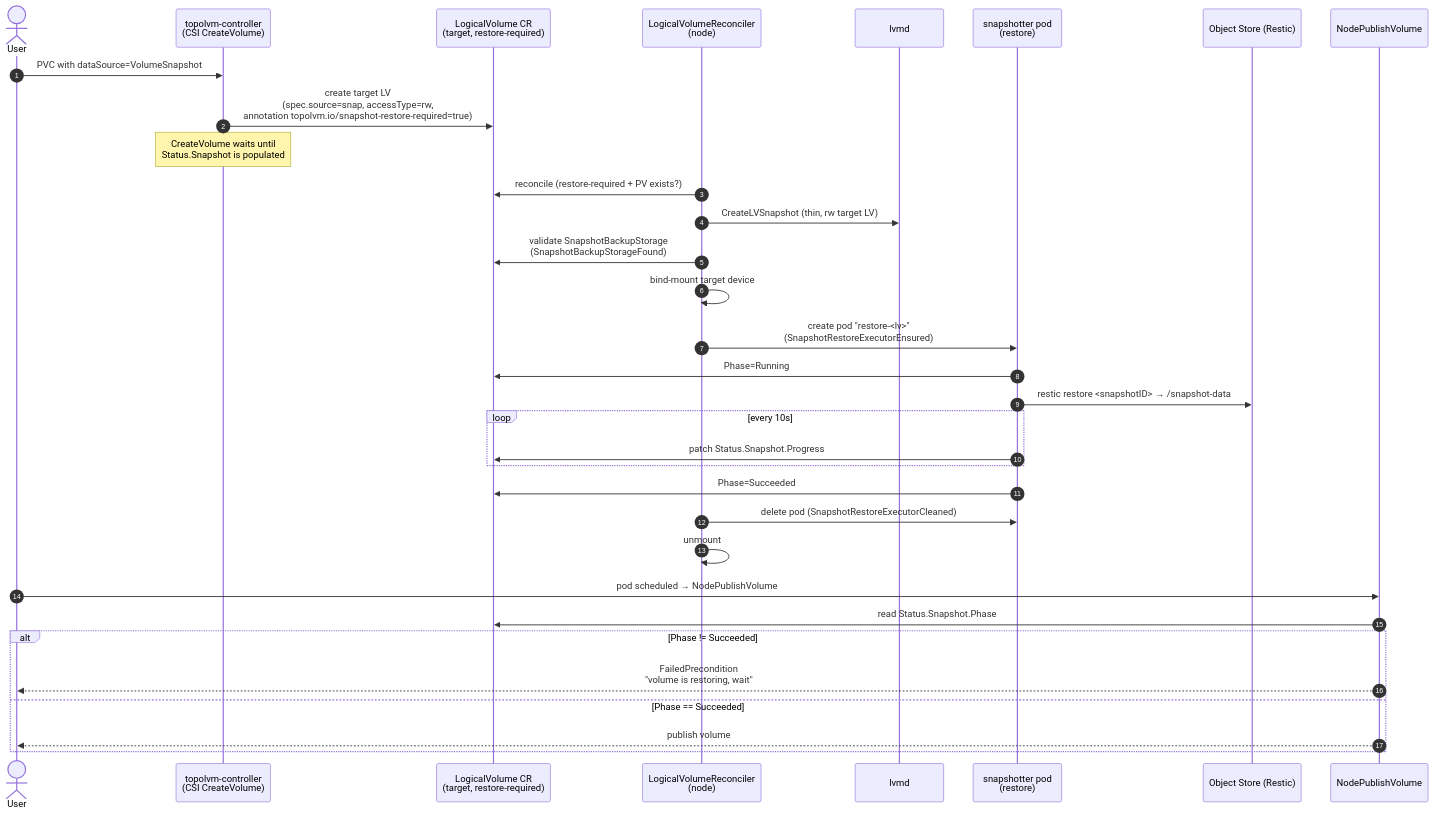
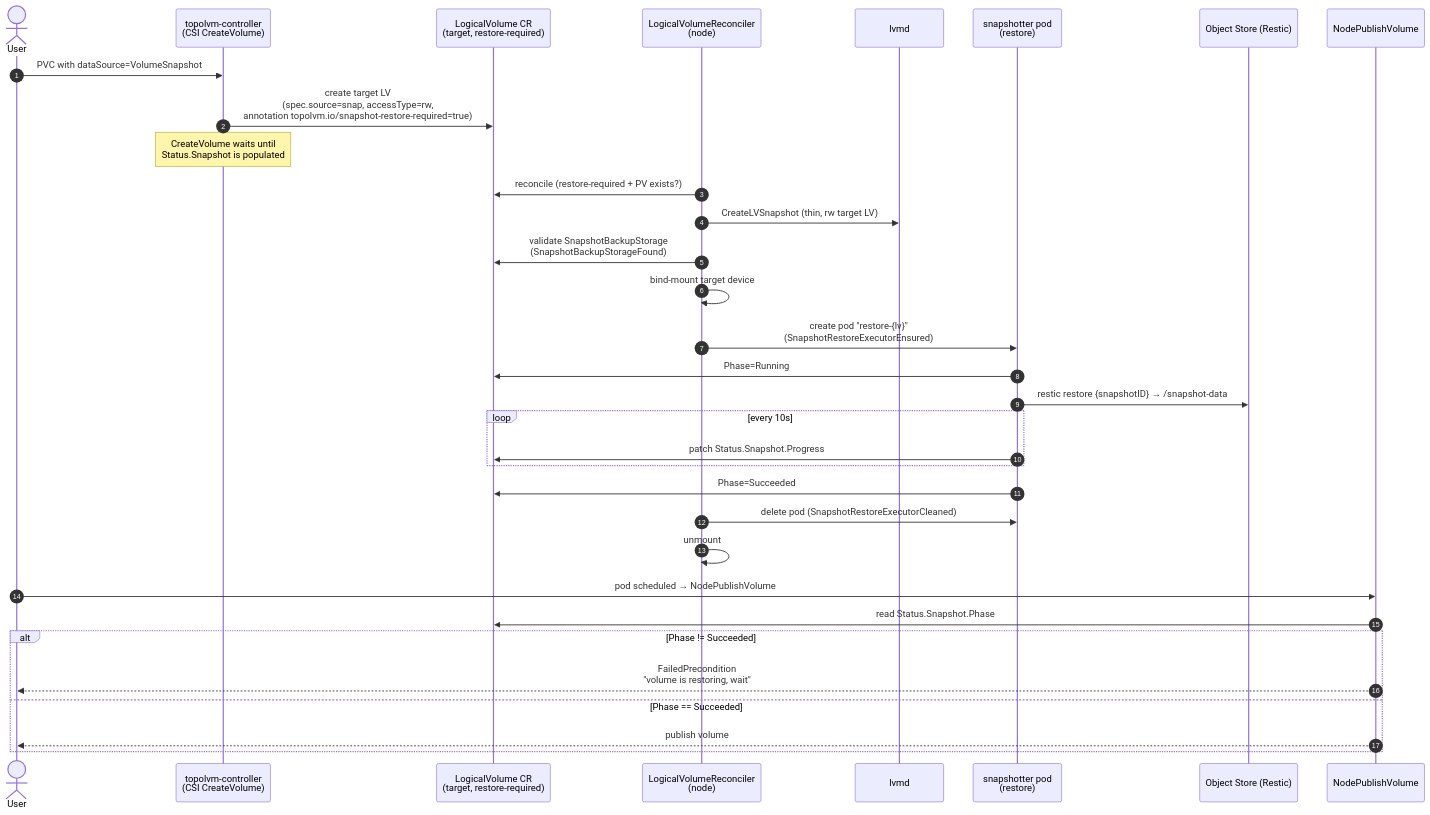
One commit to cloudnativestorage/topolvm changed the third of 5 diagrams in design/restic-snapshot/restic-online-snapshot.md. Above: the diagram before and after it, drawn with Mermaid. The commit also changed other lines of this file, not shown here.

Commit message:
Fix mermaid deisgn

````diff
--- a/design/restic-snapshot/restic-online-snapshot.md
+++ b/design/restic-snapshot/restic-online-snapshot.md
@@ -232,40 +232,40 @@
 ```mermaid
 sequenceDiagram
     autonumber
     actor User
     participant CSI as topolvm-controller<br/>(CSI CreateVolume)
     participant LV as LogicalVolume CR<br/>(target, restore-required)
     participant LVR as LogicalVolumeReconciler<br/>(node)
     participant LVMD as lvmd
     participant Pod as snapshotter pod<br/>(restore)
     participant OBJ as Object Store (Restic)
     participant NodePub as NodePublishVolume
 
     User->>CSI: PVC with dataSource=VolumeSnapshot
     CSI->>LV: create target LV<br/>(spec.source=snap, accessType=rw,<br/>annotation topolvm.io/snapshot-restore-required=true)
     Note over CSI: CreateVolume waits until<br/>Status.Snapshot is populated
 
     LVR->>LV: reconcile (restore-required + PV exists?)
     LVR->>LVMD: CreateLVSnapshot (thin, rw target LV)
     LVR->>LV: validate SnapshotBackupStorage<br/>(SnapshotBackupStorageFound)
     LVR->>LVR: bind-mount target device
-    LVR->>Pod: create pod "restore-<lv>"<br/>(SnapshotRestoreExecutorEnsured)
+    LVR->>Pod: create pod "restore-{lv}"<br/>(SnapshotRestoreExecutorEnsured)
 
     Pod->>LV: Phase=Running
-    Pod->>OBJ: restic restore <snapshotID> → /snapshot-data
+    Pod->>OBJ: restic restore {snapshotID} → /snapshot-data
     loop every 10s
         Pod->>LV: patch Status.Snapshot.Progress
     end
     Pod->>LV: Phase=Succeeded
 
     LVR->>Pod: delete pod (SnapshotRestoreExecutorCleaned)
     LVR->>LVR: unmount
 
     User->>NodePub: pod scheduled → NodePublishVolume
     NodePub->>LV: read Status.Snapshot.Phase
     alt Phase != Succeeded
         NodePub-->>User: FailedPrecondition<br/>"volume is restoring, wait"
     else Phase == Succeeded
         NodePub-->>User: publish volume
     end
 ```
````
